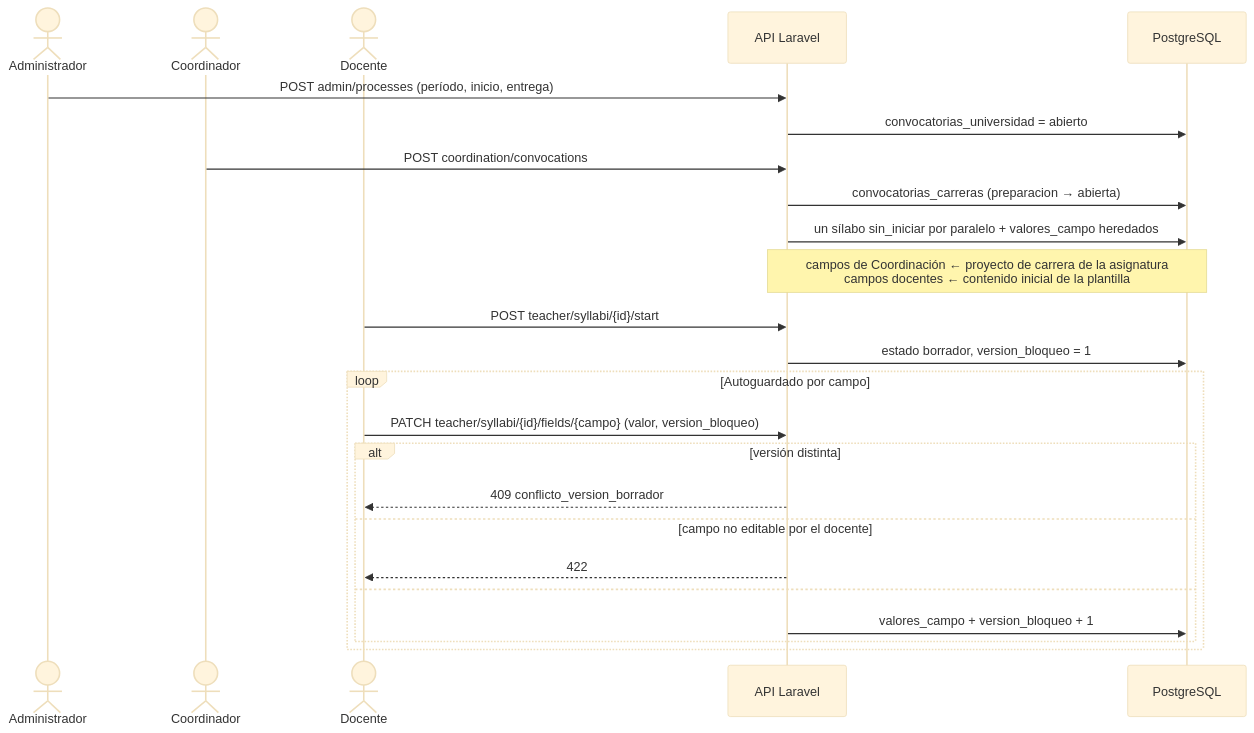
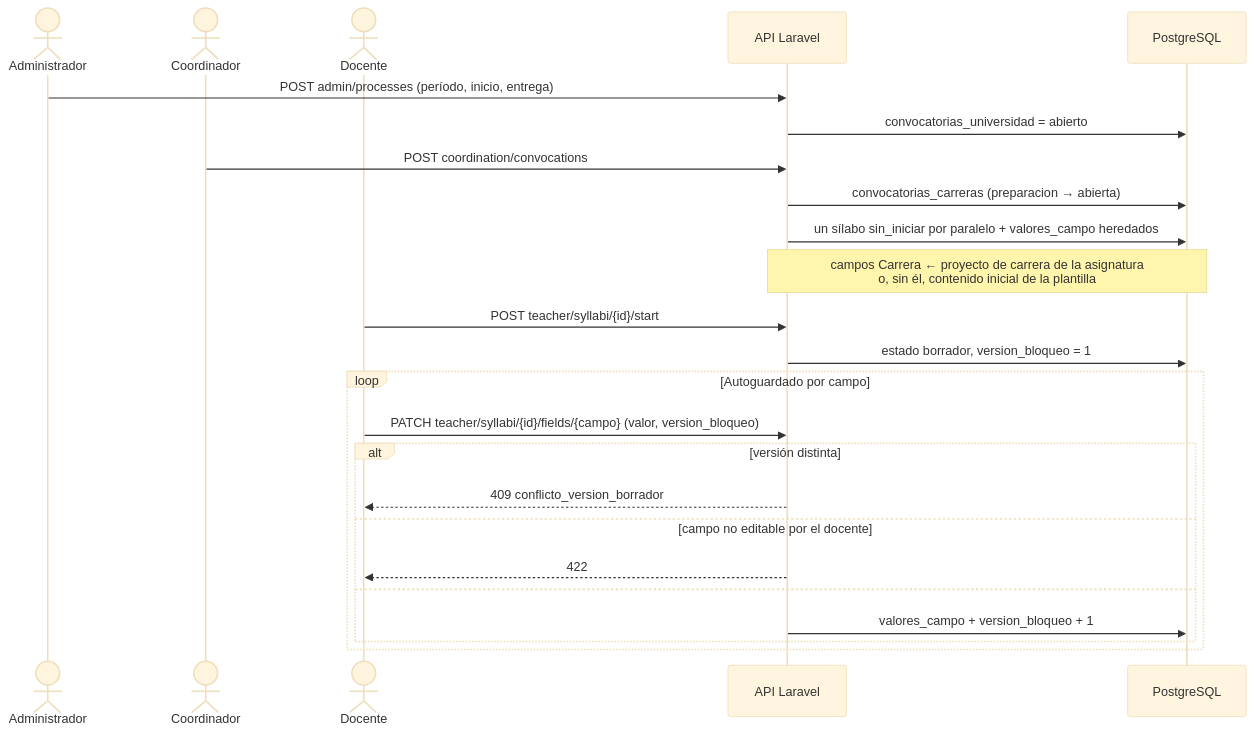
Before and after one commit to Giossue/proyecto-grado-silabos-backend: the first of 7 diagrams in docs/architecture/sequences.md, drawn with Mermaid (base theme). The commit also changed other lines of this file and 12 other files, not shown here.

First line of the commit message:
docs(campos): campo Carrera, «Institucional» y página del proyecto

````diff
--- a/docs/architecture/sequences.md
+++ b/docs/architecture/sequences.md
@@ -9,27 +9,27 @@
 ```mermaid
 sequenceDiagram
     actor A as Administrador
     actor C as Coordinador
     actor D as Docente
     participant API as API Laravel
     participant DB as PostgreSQL
 
     A->>API: POST admin/processes (período, inicio, entrega)
     API->>DB: convocatorias_universidad = abierto
     C->>API: POST coordination/convocations
     API->>DB: convocatorias_carreras (preparacion → abierta)
     API->>DB: un sílabo sin_iniciar por paralelo + valores_campo heredados
-    Note over API,DB: campos de Coordinación ← proyecto de carrera de la asignatura<br/>campos docentes ← contenido inicial de la plantilla
+    Note over API,DB: campos Carrera ← proyecto de carrera de la asignatura<br/>o, sin él, contenido inicial de la plantilla
     D->>API: POST teacher/syllabi/{id}/start
     API->>DB: estado borrador, version_bloqueo = 1
     loop Autoguardado por campo
         D->>API: PATCH teacher/syllabi/{id}/fields/{campo} (valor, version_bloqueo)
         alt versión distinta
             API-->>D: 409 conflicto_version_borrador
         else campo no editable por el docente
             API-->>D: 422
         else
             API->>DB: valores_campo + version_bloqueo + 1
         end
     end
 ```
````
